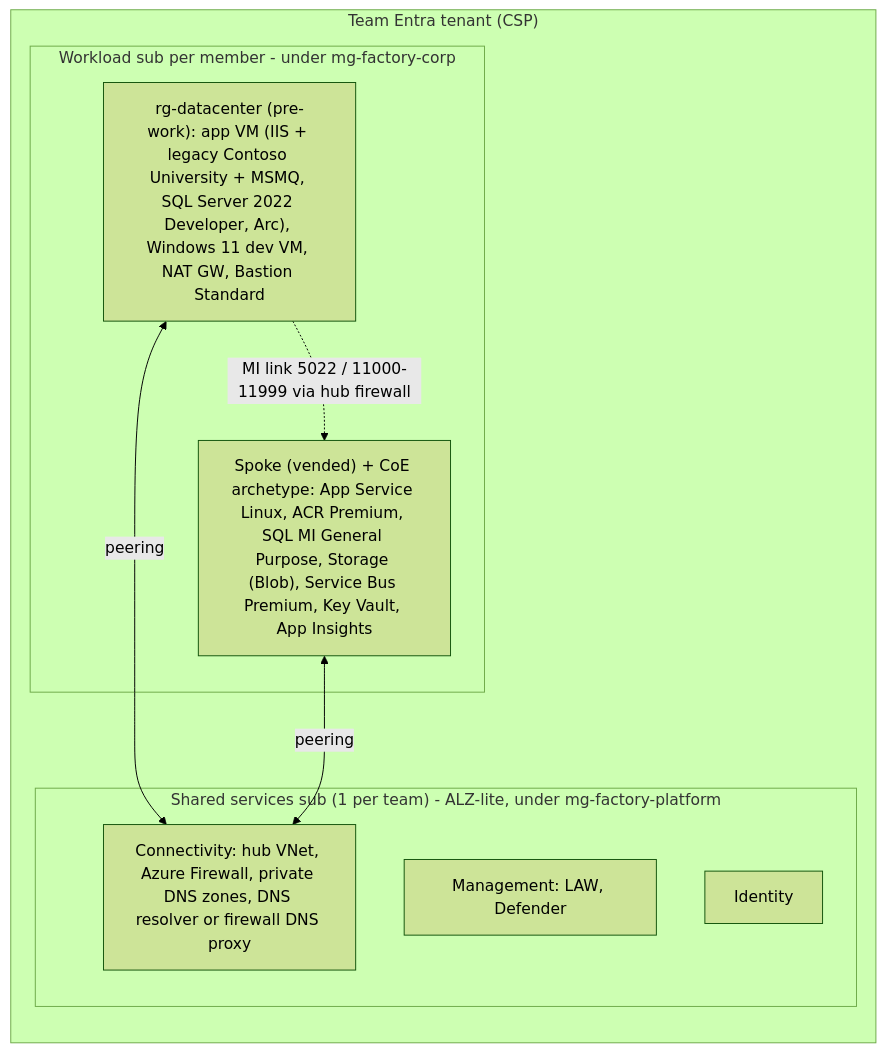
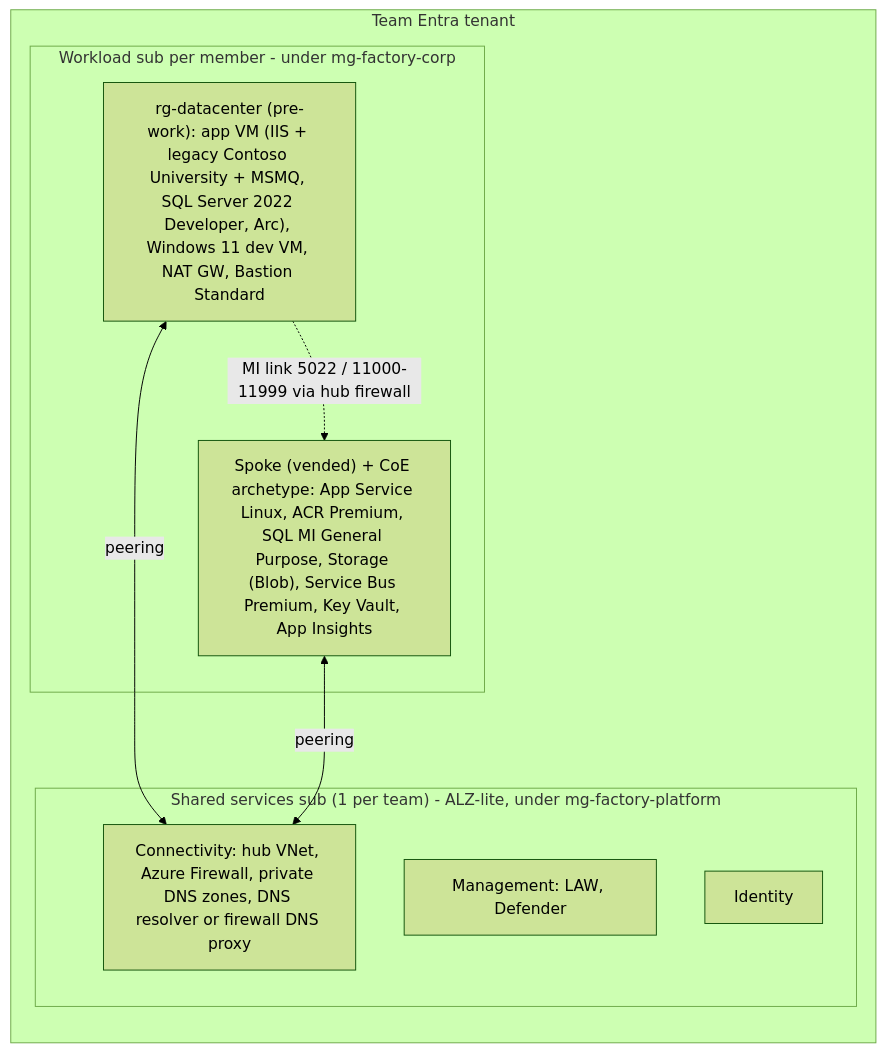
Before and after one commit to jonathan-vella/apex-factory-hackathon: the diagram in docs/prd.md, drawn with Mermaid (forest theme). The commit also changed other lines of this file and 37 other files, not shown here.

````diff
--- a/docs/prd.md
+++ b/docs/prd.md
@@ -54,17 +54,17 @@
 ```mermaid
 flowchart LR
-  subgraph T["Team Entra tenant (CSP)"]
+  subgraph T["Team Entra tenant"]
     subgraph P["Shared services sub (1 per team) - ALZ-lite, under mg-factory-platform"]
       MGMT["Management: LAW, Defender"]
       CONN["Connectivity: hub VNet, Azure Firewall, private DNS zones, DNS resolver or firewall DNS proxy"]
       ID["Identity"]
     end
     subgraph W["Workload sub per member - under mg-factory-corp"]
       DC["rg-datacenter (pre-work): app VM (IIS + legacy Contoso University + MSMQ, SQL Server 2022 Developer, Arc), Windows 11 dev VM, NAT GW, Bastion Standard"]
       SPOKE["Spoke (vended) + CoE archetype: App Service Linux, ACR Premium, SQL MI General Purpose, Storage (Blob), Service Bus Premium, Key Vault, App Insights"]
     end
   end
   DC <-- peering --> CONN
   SPOKE <-- peering --> CONN
   DC -. "MI link 5022 / 11000-11999 via hub firewall" .-> SPOKE
 ```
````
